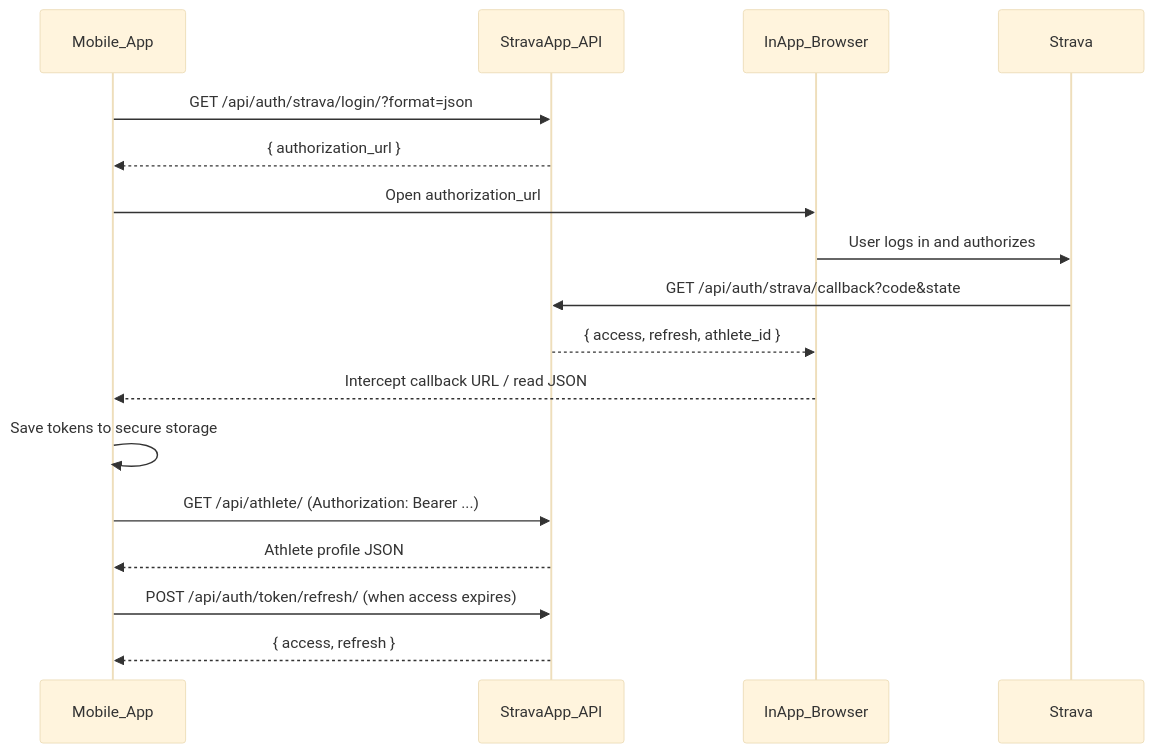
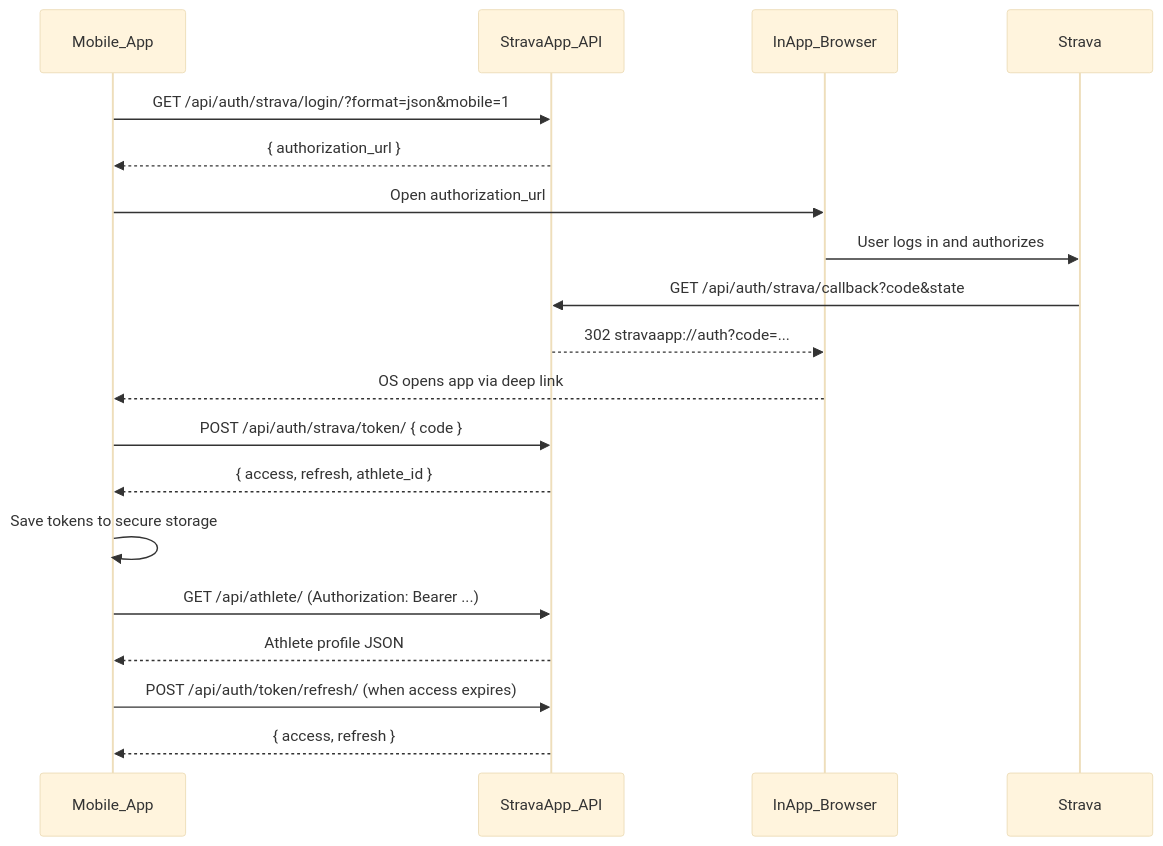
The diagram in docs/MOBILE_API.md (RomanKovalev/stravaapp), drawn with Mermaid (base theme) before and after one commit. The commit also changed other lines of this file and 7 other files, not shown here.

First line of the commit message:
Implement mobile deep link OAuth with one-time code exchange.

````diff
--- a/docs/MOBILE_API.md
+++ b/docs/MOBILE_API.md
@@ -420,20 +523,22 @@
 ```mermaid
 sequenceDiagram
     participant Mobile as Mobile_App
     participant API as StravaApp_API
     participant Browser as InApp_Browser
     participant Strava as Strava
 
-    Mobile->>API: GET /api/auth/strava/login/?format=json
+    Mobile->>API: GET /api/auth/strava/login/?format=json&mobile=1
     API-->>Mobile: { authorization_url }
     Mobile->>Browser: Open authorization_url
     Browser->>Strava: User logs in and authorizes
     Strava->>API: GET /api/auth/strava/callback?code&state
-    API-->>Browser: { access, refresh, athlete_id }
-    Browser-->>Mobile: Intercept callback URL / read JSON
+    API-->>Browser: 302 stravaapp://auth?code=...
+    Browser-->>Mobile: OS opens app via deep link
+    Mobile->>API: POST /api/auth/strava/token/ { code }
+    API-->>Mobile: { access, refresh, athlete_id }
     Mobile->>Mobile: Save tokens to secure storage
     Mobile->>API: GET /api/athlete/ (Authorization: Bearer ...)
     API-->>Mobile: Athlete profile JSON
     Mobile->>API: POST /api/auth/token/refresh/ (when access expires)
     API-->>Mobile: { access, refresh }
 ```
````
